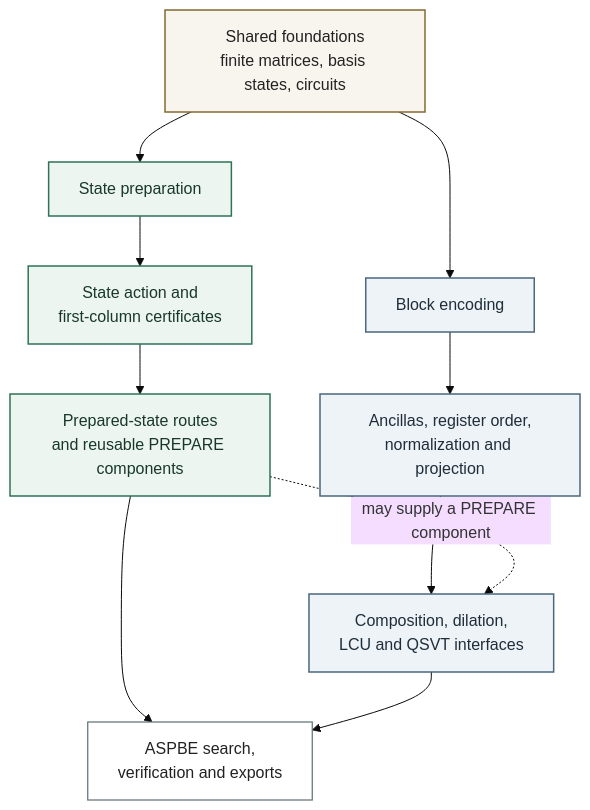
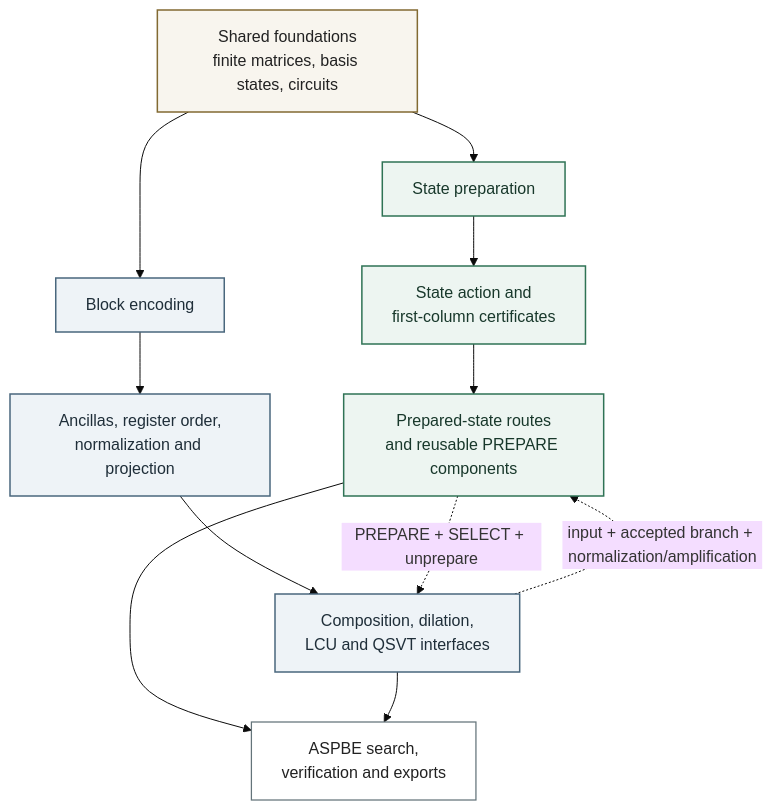
One commit to DakeBU/Quantum-Computing-Block-Encoding changed the diagram in website/diagrams/learning-path.mmd. Above: the diagram before and after it, drawn with Mermaid (base theme).

Commit message:
site: show both typed SP/BE transports in the learning graph

```diff
--- a/website/diagrams/learning-path.mmd
+++ b/website/diagrams/learning-path.mmd
@@ -1,23 +1,24 @@
 flowchart TB
   F["Shared foundations<br/>finite matrices, basis states, circuits"]
 
   F --> S1["State preparation"]
   S1 --> S2["State action and<br/>first-column certificates"]
   S2 --> S3["Prepared-state routes<br/>and reusable PREPARE components"]
 
   F --> B1["Block encoding"]
   B1 --> B2["Ancillas, register order,<br/>normalization and projection"]
   B2 --> B3["Composition, dilation,<br/>LCU and QSVT interfaces"]
 
-  S3 -. "may supply a PREPARE component" .-> B3
+  S3 -. "PREPARE + SELECT + unprepare" .-> B3
+  B3 -. "input + accepted branch + normalization/amplification" .-> S3
   S3 --> H["ASPBE search,<br/>verification and exports"]
   B3 --> H
 
   classDef shared fill:#f8f5ee,stroke:#826a32,color:#222222,stroke-width:1.5px;
   classDef state fill:#edf5f1,stroke:#2f7355,color:#18382b,stroke-width:1.5px;
   classDef block fill:#eef3f7,stroke:#49677d,color:#1f2e39,stroke-width:1.5px;
   classDef system fill:#ffffff,stroke:#64747a,color:#222222,stroke-width:1.25px;
   class F shared;
   class S1,S2,S3 state;
   class B1,B2,B3 block;
   class H system;
```
